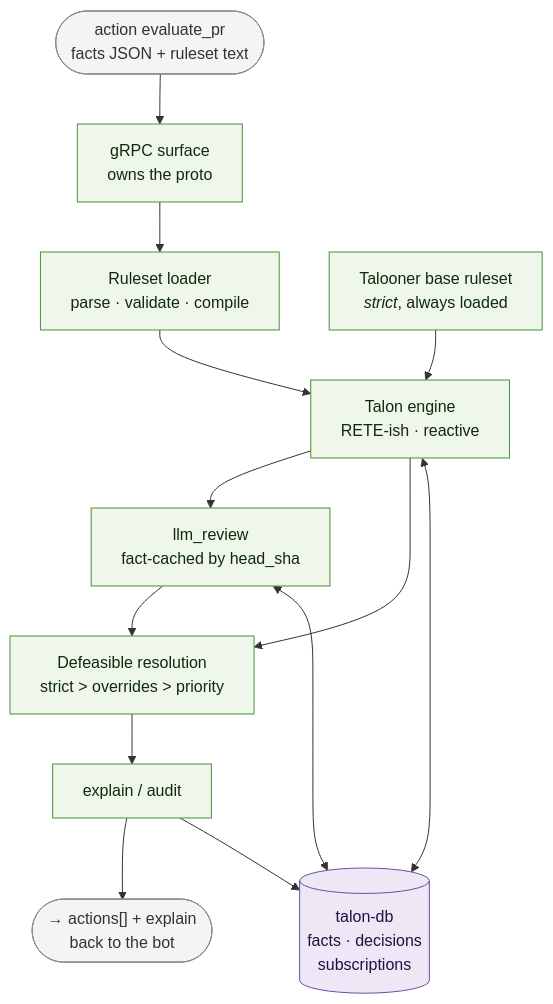
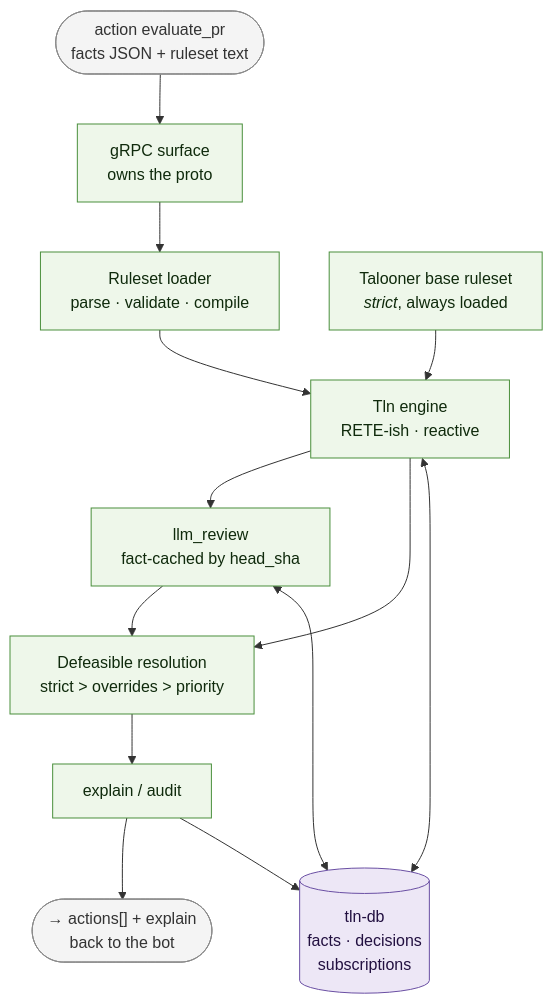
The second of 6 diagrams in diagrams.md (opentalon/talooner-plugin), drawn with Mermaid before and after one commit. The commit also changed other lines of this file and 29 other files, not shown here.

First line of the commit message:
chore: migrate talon-language deps to tln (#48)

````diff
--- a/diagrams.md
+++ b/diagrams.md
@@ -93,24 +93,24 @@
 ```mermaid
 flowchart TB
     IN(["action evaluate_pr<br/>facts JSON + ruleset text"]) --> RPC
     RPC["gRPC surface<br/>owns the proto"] --> RULES
     RULES["Ruleset loader<br/>parse · validate · compile"] --> ENGINE
     BASE["Talooner base ruleset<br/><i>strict</i>, always loaded"] --> ENGINE
-    ENGINE["Talon engine<br/>RETE-ish · reactive"] --> LLMR
+    ENGINE["Tln engine<br/>RETE-ish · reactive"] --> LLMR
     ENGINE --> DEF
     LLMR["llm_review<br/>fact-cached by head_sha"] --> DEF
     DEF["Defeasible resolution<br/>strict &gt; overrides &gt; priority"] --> EXPL
     EXPL["explain / audit"] --> OUT
     OUT(["→ actions[] + explain<br/>back to the bot"])
 
-    ENGINE <--> ST[("talon-db<br/>facts · decisions<br/>subscriptions")]
+    ENGINE <--> ST[("tln-db<br/>facts · decisions<br/>subscriptions")]
     LLMR <--> ST
     EXPL --> ST
 
     classDef plug fill:#eef7ea,stroke:#4a8f3c,color:#0f2a0c
     classDef store fill:#ede7f6,stroke:#6a4fa3,color:#221040
     classDef edge fill:#f4f4f4,stroke:#8a8a8a,color:#333
     class RPC,RULES,BASE,ENGINE,DEF,LLMR,EXPL plug
     class ST store
     class IN,OUT edge
 ```
````
